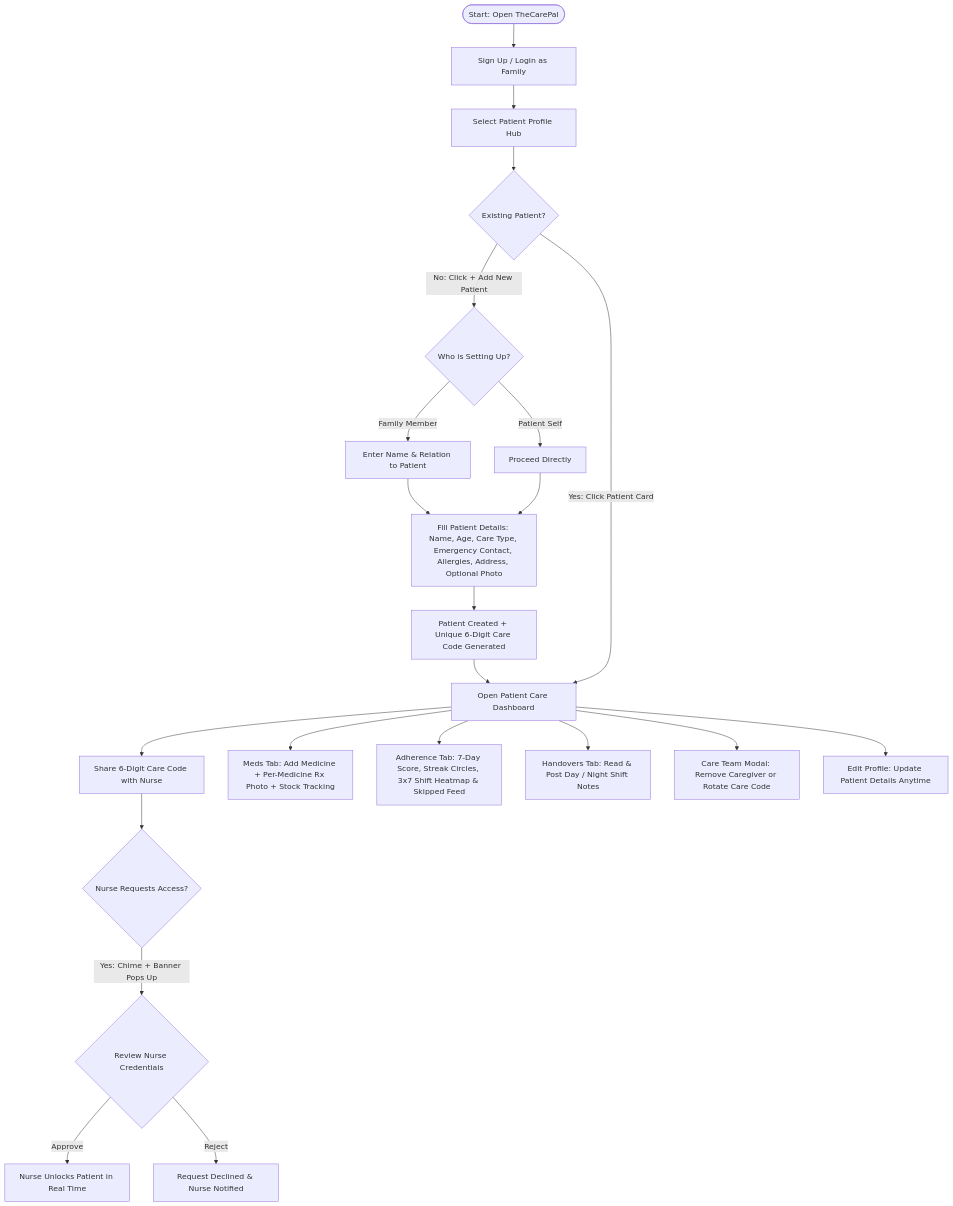
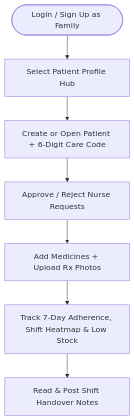
The first of 3 diagrams in README.md (nehalikareddy/TheCarePal), drawn with Mermaid before and after one commit. The commit also changed other lines of this file, not shown here.

Commit message:
Simplify system flowcharts in README

````diff
--- a/README.md
+++ b/README.md
@@ -37,28 +24,9 @@
 ```mermaid
 flowchart TD
-    A([Start: Open TheCarePal]) --> B[Sign Up / Login as Family]
-    B --> C[Select Patient Profile Hub]
-    C --> D{Existing Patient?}
-
-    D -- No: Click + Add New Patient --> E{Who is Setting Up?}
-    E -- Family Member --> F[Enter Name & Relation to Patient]
-    E -- Patient Self --> G[Proceed Directly]
-    F --> H[Fill Patient Details: Name, Age, Care Type, Emergency Contact, Allergies, Address, Optional Photo]
-    G --> H
-    H --> I[Patient Created + Unique 6-Digit Care Code Generated]
-    I --> J[Open Patient Care Dashboard]
-
-    D -- Yes: Click Patient Card --> J
-
-    J --> K[Share 6-Digit Care Code with Nurse]
-    K --> L{Nurse Requests Access?}
-    L -- Yes: Chime + Banner Pops Up --> M{Review Nurse Credentials}
-    M -- Approve --> N[Nurse Unlocks Patient in Real Time]
-    M -- Reject --> O[Request Declined & Nurse Notified]
-
-    J --> P[Meds Tab: Add Medicine + Per-Medicine Rx Photo + Stock Tracking]
-    J --> Q[Adherence Tab: 7-Day Score, Streak Circles, 3x7 Shift Heatmap & Skipped Feed]
-    J --> R[Handovers Tab: Read & Post Day / Night Shift Notes]
-    J --> S[Care Team Modal: Remove Caregiver or Rotate Care Code]
-    J --> T[Edit Profile: Update Patient Details Anytime]
+    A([Login / Sign Up as Family]) --> B[Select Patient Profile Hub]
+    B --> C[Create or Open Patient + 6-Digit Care Code]
+    C --> D[Approve / Reject Nurse Requests]
+    D --> E[Add Medicines + Upload Rx Photos]
+    E --> F[Track 7-Day Adherence, Shift Heatmap & Low Stock]
+    F --> G[Read & Post Shift Handover Notes]
 ```
````
